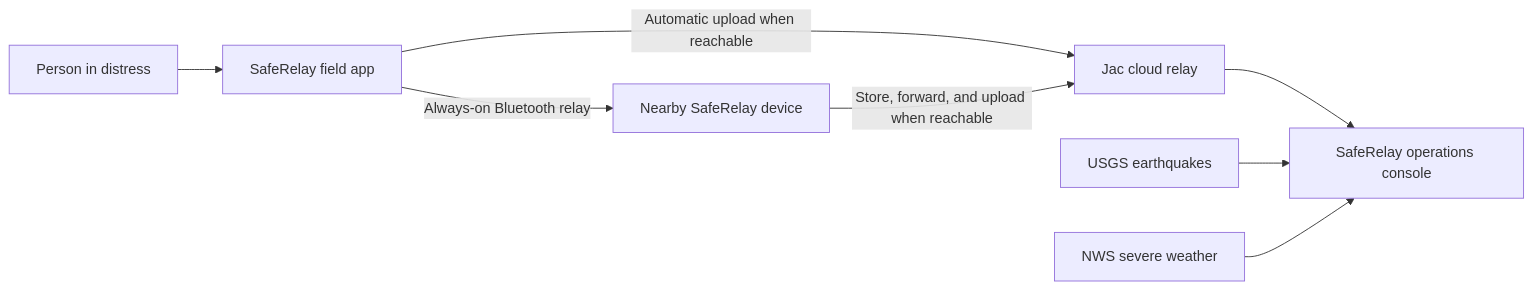
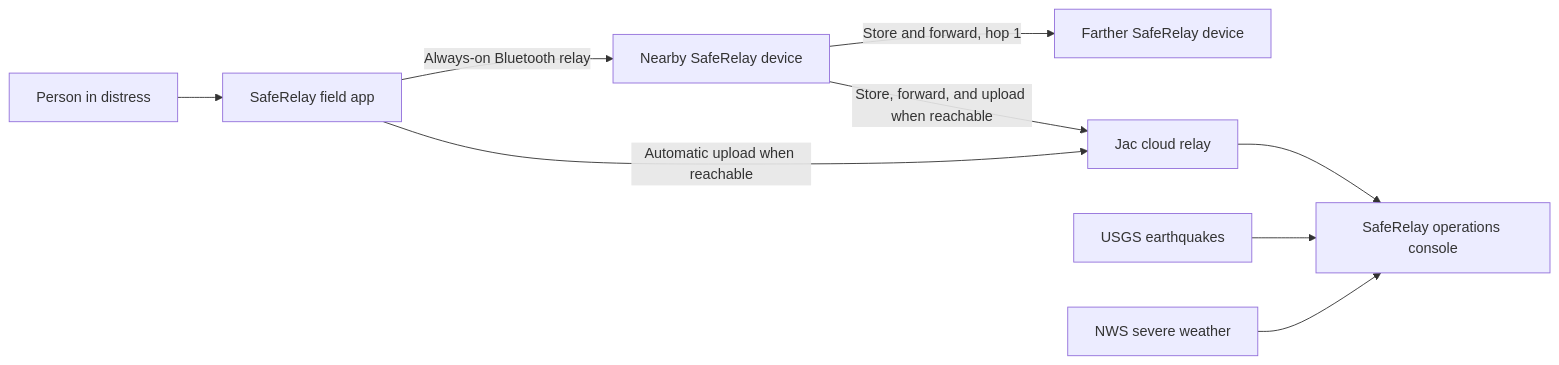
One commit to rishabhcli/SafeRelay changed the diagram in README.md. Above: the diagram before and after it, drawn with Mermaid. The commit also changed other lines of this file and 18 other files, not shown here.

Commit message:
Harden native multi-hop relay

````diff
--- a/README.md
+++ b/README.md
@@ -22,10 +22,11 @@
 ```mermaid
 flowchart LR
     PERSON["Person in distress"] --> PHONE_A["SafeRelay field app"]
     PHONE_A -->|"Always-on Bluetooth relay"| PHONE_B["Nearby SafeRelay device"]
+    PHONE_B -->|"Store and forward, hop 1"| PHONE_C["Farther SafeRelay device"]
     PHONE_A -->|"Automatic upload when reachable"| CLOUD["Jac cloud relay"]
     PHONE_B -->|"Store, forward, and upload when reachable"| CLOUD
     CLOUD --> CONSOLE["SafeRelay operations console"]
     USGS["USGS earthquakes"] --> CONSOLE
     NWS["NWS severe weather"] --> CONSOLE
 ```
````
